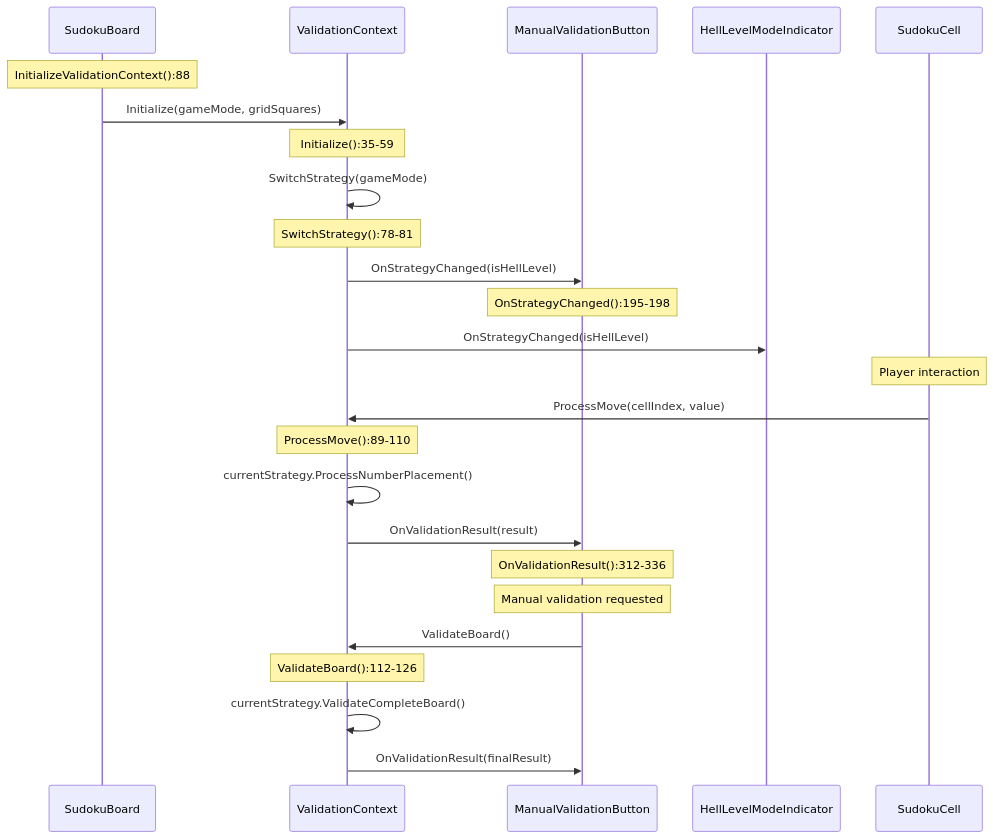
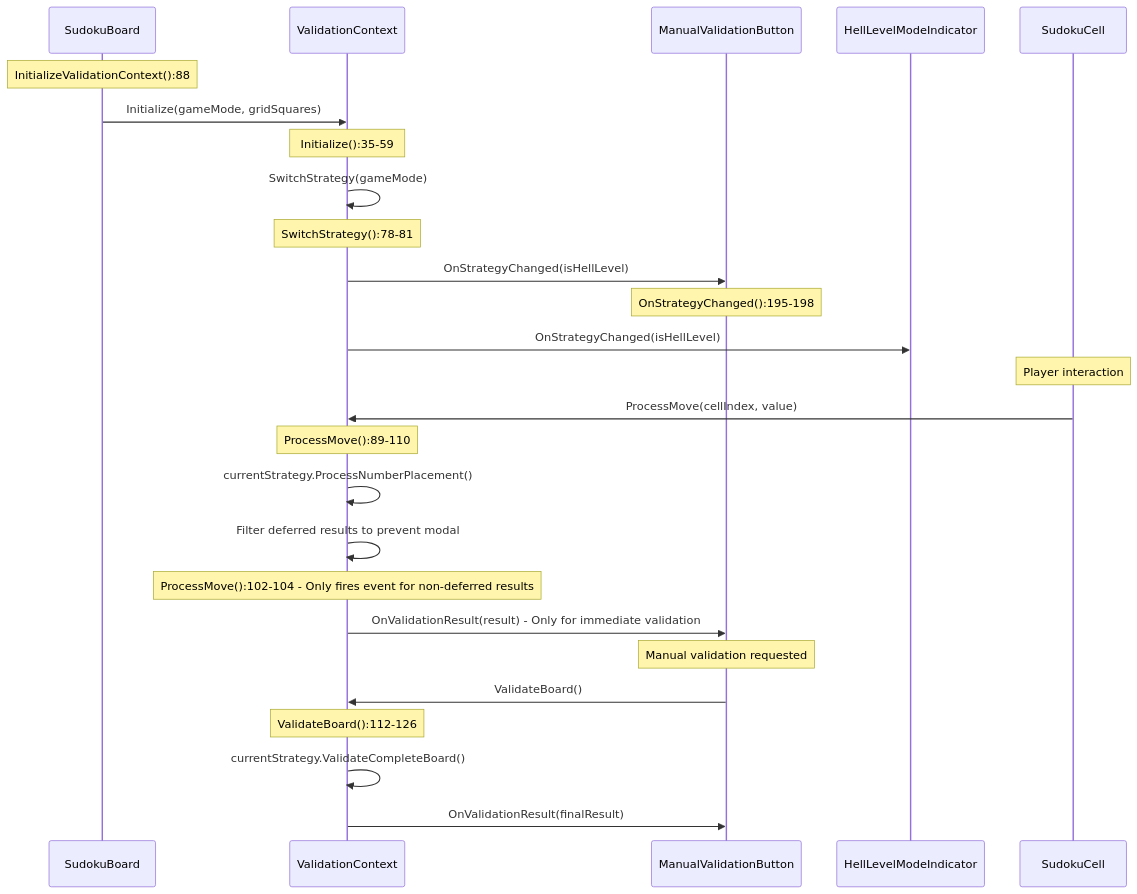
Diagram 18 of 19 in SudokuMaster_GameFlow_Documentation.md (cloudaipro/SudokuMaster), drawn with Mermaid before and after one commit. The commit also changed other lines of this file and 4 other files, not shown here.

````diff
--- a/SudokuMaster_GameFlow_Documentation.md
+++ b/SudokuMaster_GameFlow_Documentation.md
@@ -822,34 +872,35 @@
 ```mermaid
 sequenceDiagram
     participant SB as SudokuBoard
     participant VC as ValidationContext
     participant MVB as ManualValidationButton
     participant HMI as HellLevelModeIndicator
     participant SC as SudokuCell
     
     Note over SB: InitializeValidationContext():88
     SB->>VC: Initialize(gameMode, gridSquares)
     Note over VC: Initialize():35-59
     
     VC->>VC: SwitchStrategy(gameMode)
     Note over VC: SwitchStrategy():78-81
     
     VC->>MVB: OnStrategyChanged(isHellLevel)
     Note over MVB: OnStrategyChanged():195-198
     VC->>HMI: OnStrategyChanged(isHellLevel)
     
     Note over SC: Player interaction
     SC->>VC: ProcessMove(cellIndex, value)
     Note over VC: ProcessMove():89-110
     
     VC->>VC: currentStrategy.ProcessNumberPlacement()
-    VC->>MVB: OnValidationResult(result)
-    Note over MVB: OnValidationResult():312-336
+    VC->>VC: Filter deferred results to prevent modal
+    Note over VC: ProcessMove():102-104 - Only fires event for non-deferred results
+    VC->>MVB: OnValidationResult(result) - Only for immediate validation
     
     Note over MVB: Manual validation requested
     MVB->>VC: ValidateBoard()
     Note over VC: ValidateBoard():112-126
     
     VC->>VC: currentStrategy.ValidateCompleteBoard()
     VC->>MVB: OnValidationResult(finalResult)
 ```
````
